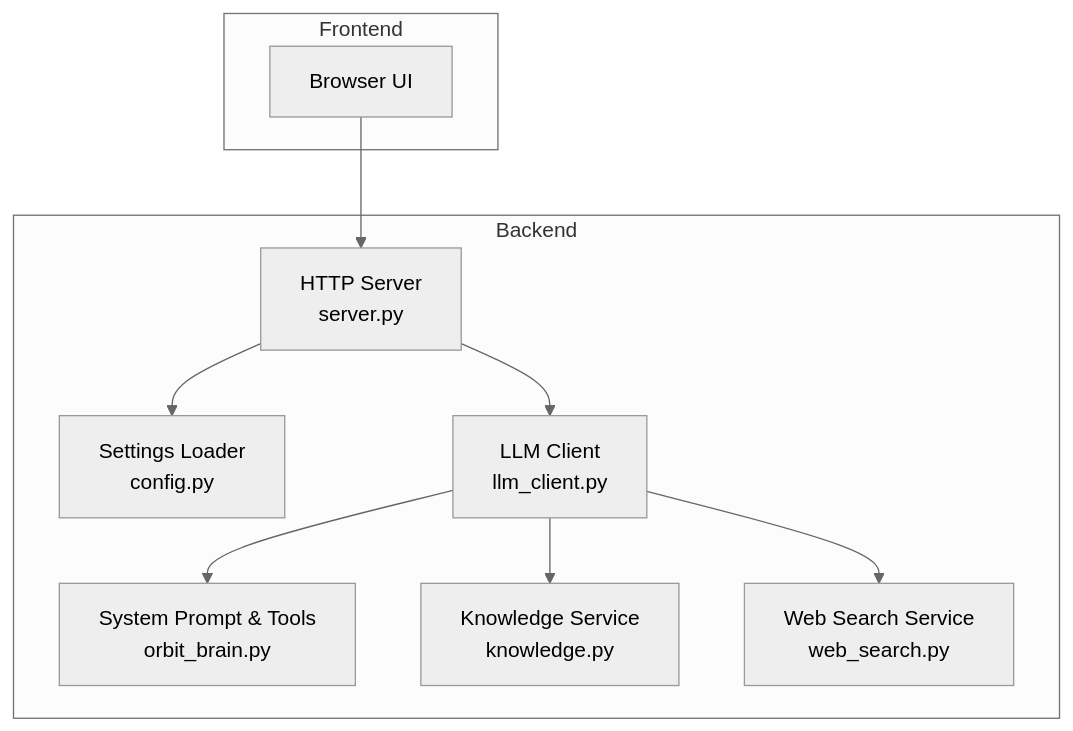
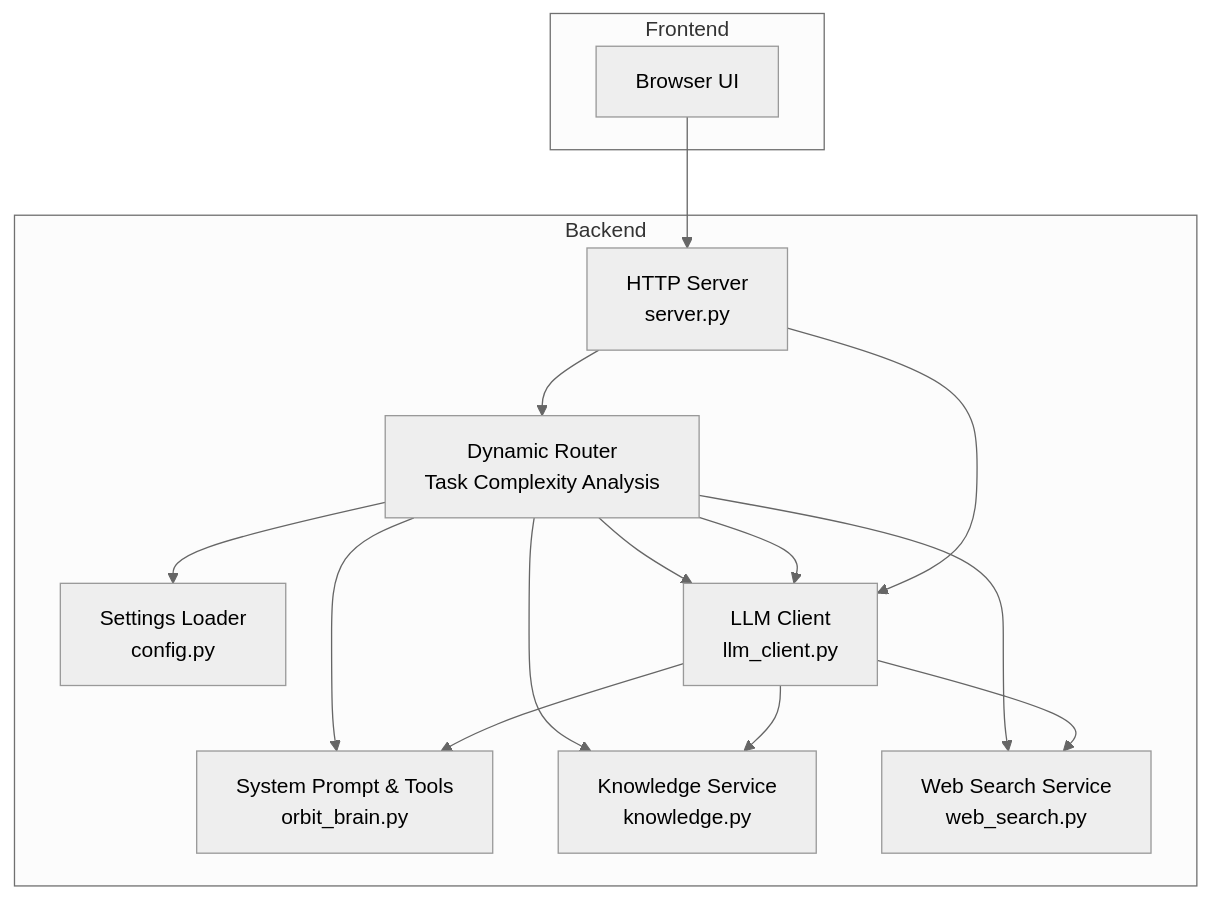
One commit to Sovetsky-Soyuz/AI-Assistant changed the first of 6 diagrams in .qoder/repowiki/en/content/Backend Components/LLM Integration Layer/OpenRouter and OpenAI-Compatible Providers.md. Above: the diagram before and after it, drawn with Mermaid (neutral theme). The commit also changed other lines of this file and 10 other files, not shown here.

````diff
--- a/.qoder/repowiki/en/content/Backend Components/LLM Integration Layer/OpenRouter and OpenAI-Compatible Providers.md
+++ b/.qoder/repowiki/en/content/Backend Components/LLM Integration Layer/OpenRouter and OpenAI-Compatible Providers.md
@@ -40,20 +51,27 @@
 ```mermaid
 graph TB
 subgraph "Frontend"
 FE["Browser UI"]
 end
 subgraph "Backend"
 SRV["HTTP Server<br/>server.py"]
 CFG["Settings Loader<br/>config.py"]
 LLM["LLM Client<br/>llm_client.py"]
 BRAIN["System Prompt & Tools<br/>orbit_brain.py"]
 KBASE["Knowledge Service<br/>knowledge.py"]
 WSRCH["Web Search Service<br/>web_search.py"]
+ENDPT["Dynamic Router<br/>Task Complexity Analysis"]
+ENDPT --> LLM
+ENDPT --> CFG
+ENDPT --> LLM
+ENDPT --> BRAIN
+ENDPT --> KBASE
+ENDPT --> WSRCH
 end
 FE --> SRV
-SRV --> CFG
+SRV --> ENDPT
 SRV --> LLM
 LLM --> BRAIN
 LLM --> KBASE
 LLM --> WSRCH
 ```
````
